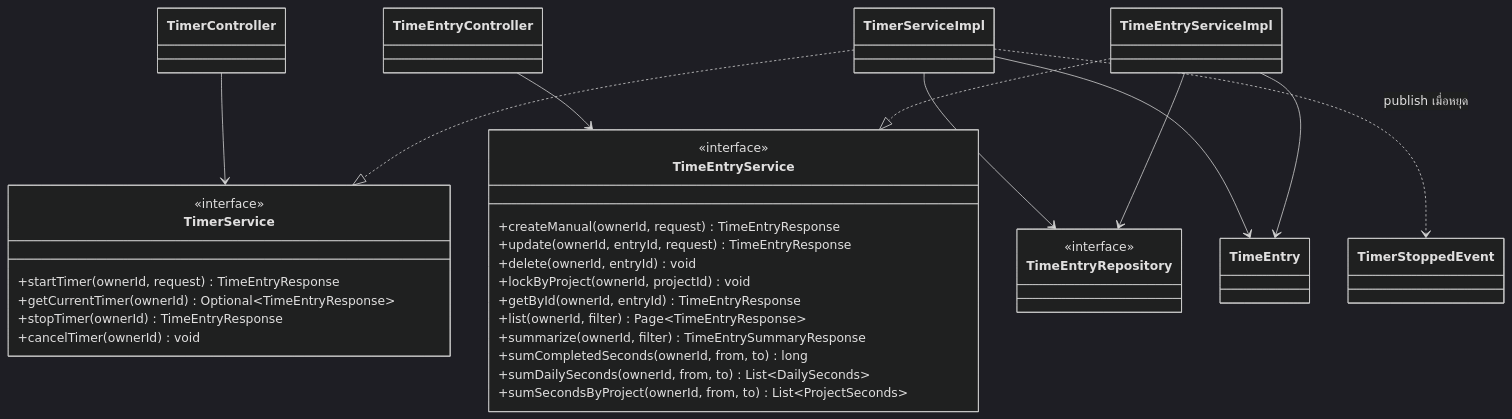
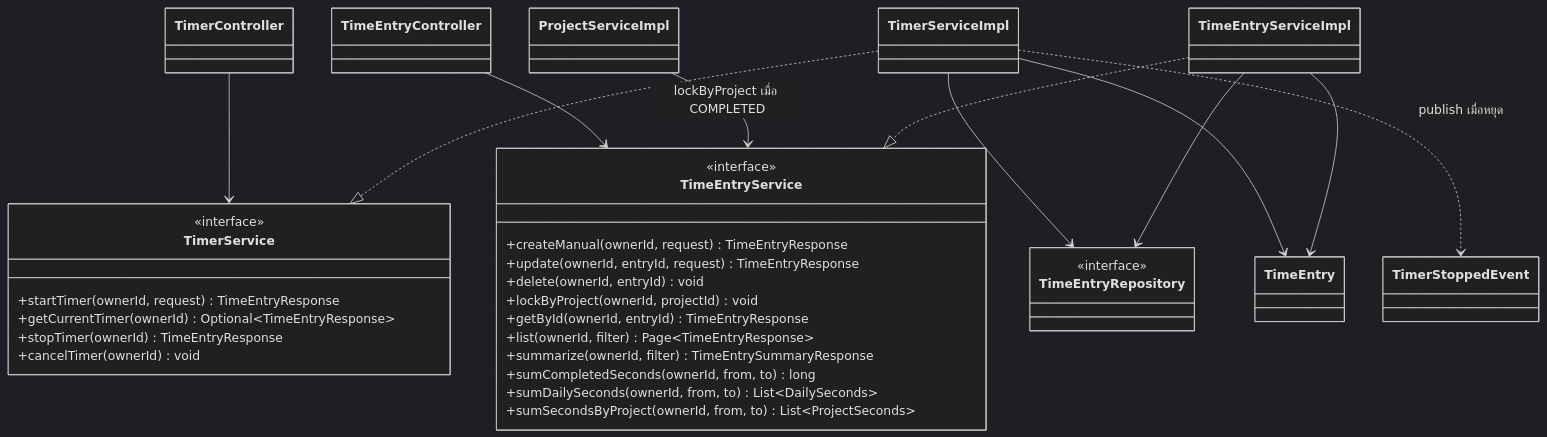
Before and after one commit to lillianxhub/freelance-hub: the first of 2 diagrams in doc/V1/DESIGN/kompat-design.md, drawn with Mermaid (dark theme). The commit also changed other lines of this file and 2 other files, not shown here.

Commit message:
doc: update time entry description and lock test in design, solid and usecase documentation for time tracking

````diff
--- a/doc/V1/DESIGN/kompat-design.md
+++ b/doc/V1/DESIGN/kompat-design.md
@@ -19,42 +19,44 @@
 ```mermaid
 classDiagram
     class TimerController
     class TimeEntryController
     class TimerService {
         <<interface>>
         +startTimer(ownerId, request) TimeEntryResponse
         +getCurrentTimer(ownerId) Optional~TimeEntryResponse~
         +stopTimer(ownerId) TimeEntryResponse
         +cancelTimer(ownerId) void
     }
     class TimeEntryService {
         <<interface>>
         +createManual(ownerId, request) TimeEntryResponse
         +update(ownerId, entryId, request) TimeEntryResponse
         +delete(ownerId, entryId) void
         +lockByProject(ownerId, projectId) void
         +getById(ownerId, entryId) TimeEntryResponse
         +list(ownerId, filter) Page~TimeEntryResponse~
         +summarize(ownerId, filter) TimeEntrySummaryResponse
         +sumCompletedSeconds(ownerId, from, to) long
         +sumDailySeconds(ownerId, from, to) List~DailySeconds~
         +sumSecondsByProject(ownerId, from, to) List~ProjectSeconds~
     }
     class TimerServiceImpl
     class TimeEntryServiceImpl
+    class ProjectServiceImpl
     class TimeEntryRepository {
         <<interface>>
     }
     class TimeEntry
     class TimerStoppedEvent
 
     TimerController --> TimerService
     TimeEntryController --> TimeEntryService
+    ProjectServiceImpl --> TimeEntryService : lockByProject เมื่อ COMPLETED
     TimerServiceImpl ..|> TimerService
     TimeEntryServiceImpl ..|> TimeEntryService
     TimerServiceImpl --> TimeEntryRepository
     TimeEntryServiceImpl --> TimeEntryRepository
     TimerServiceImpl --> TimeEntry
     TimeEntryServiceImpl --> TimeEntry
     TimerServiceImpl ..> TimerStoppedEvent : publish เมื่อหยุด
 ```
````
